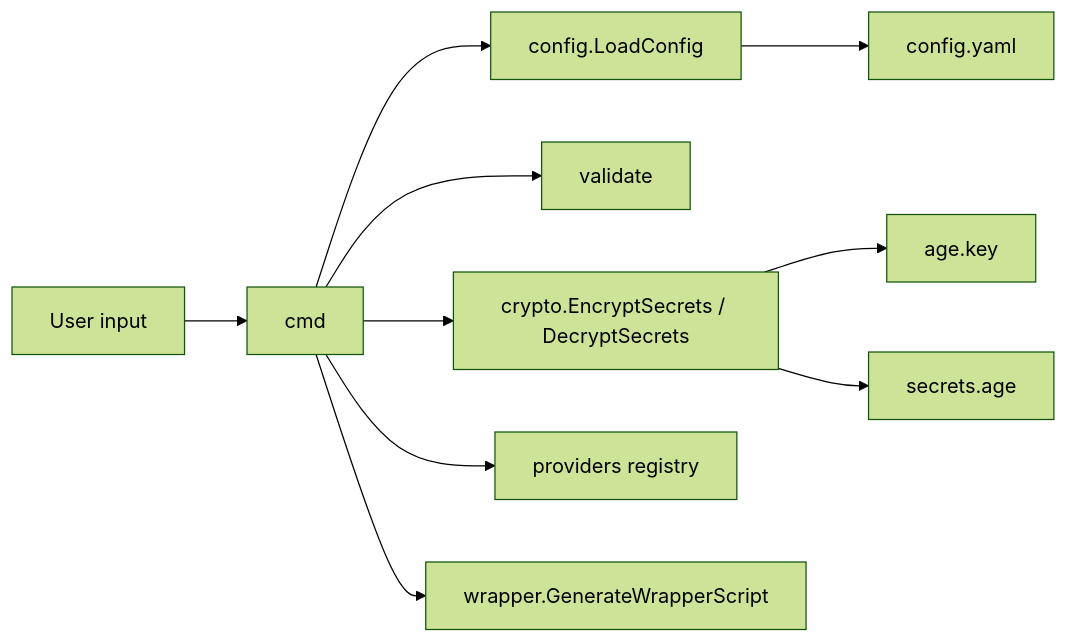
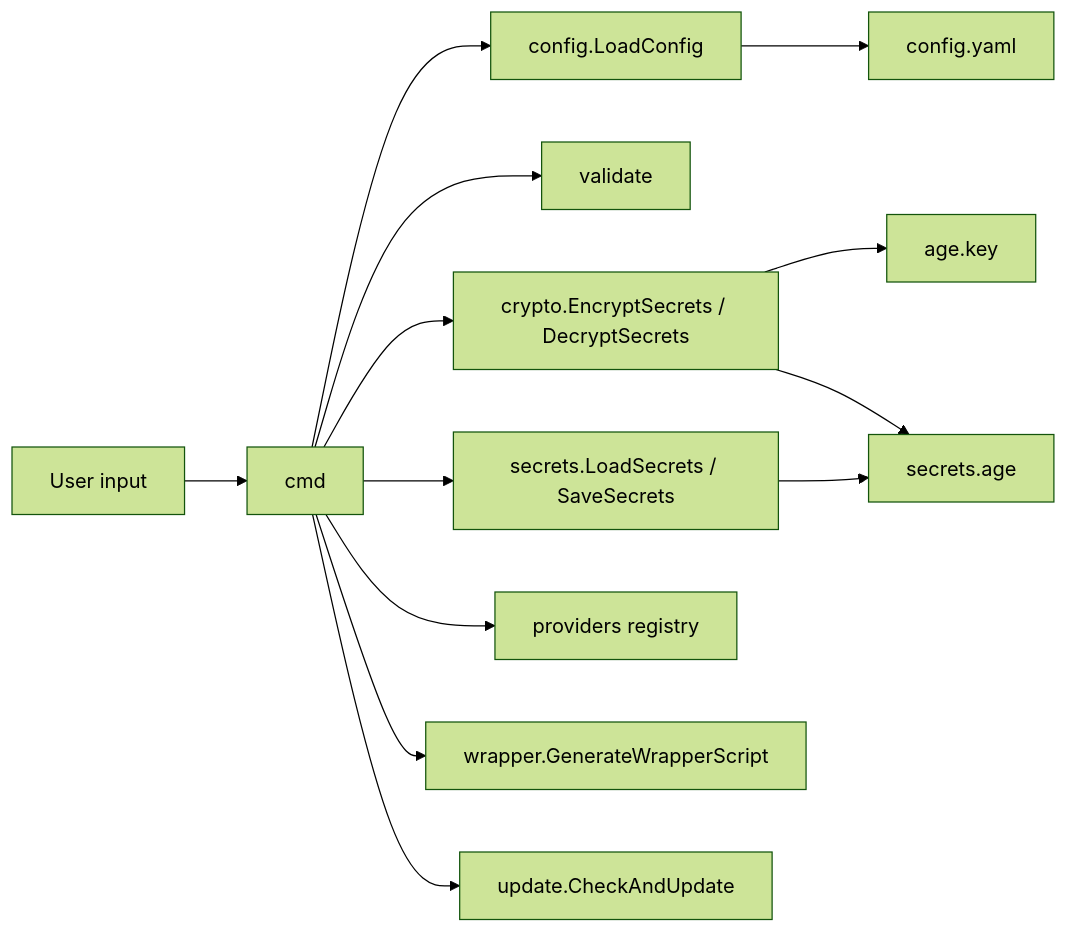
Before and after one commit to dkmnx/kairo: the second of 2 diagrams in internal/README.md, drawn with Mermaid (forest theme). The commit also changed other lines of this file and 7 other files, not shown here.

````diff
--- a/internal/README.md
+++ b/internal/README.md
@@ -199,12 +218,15 @@
 ```mermaid
 flowchart LR
     User[User input] --> Cmd[cmd]
     Cmd --> Config[config.LoadConfig]
     Cmd --> Validate[validate]
     Cmd --> Crypto[crypto.EncryptSecrets / DecryptSecrets]
+    Cmd --> Secrets[secrets.LoadSecrets / SaveSecrets]
     Cmd --> Providers[providers registry]
     Cmd --> Wrapper[wrapper.GenerateWrapperScript]
+    Cmd --> Update[update.CheckAndUpdate]
     Config --> YAML[config.yaml]
     Crypto --> Key[age.key]
-    Crypto --> Secrets[secrets.age]
+    Crypto --> SecretsFile[secrets.age]
+    Secrets --> SecretsFile
 ```
````
